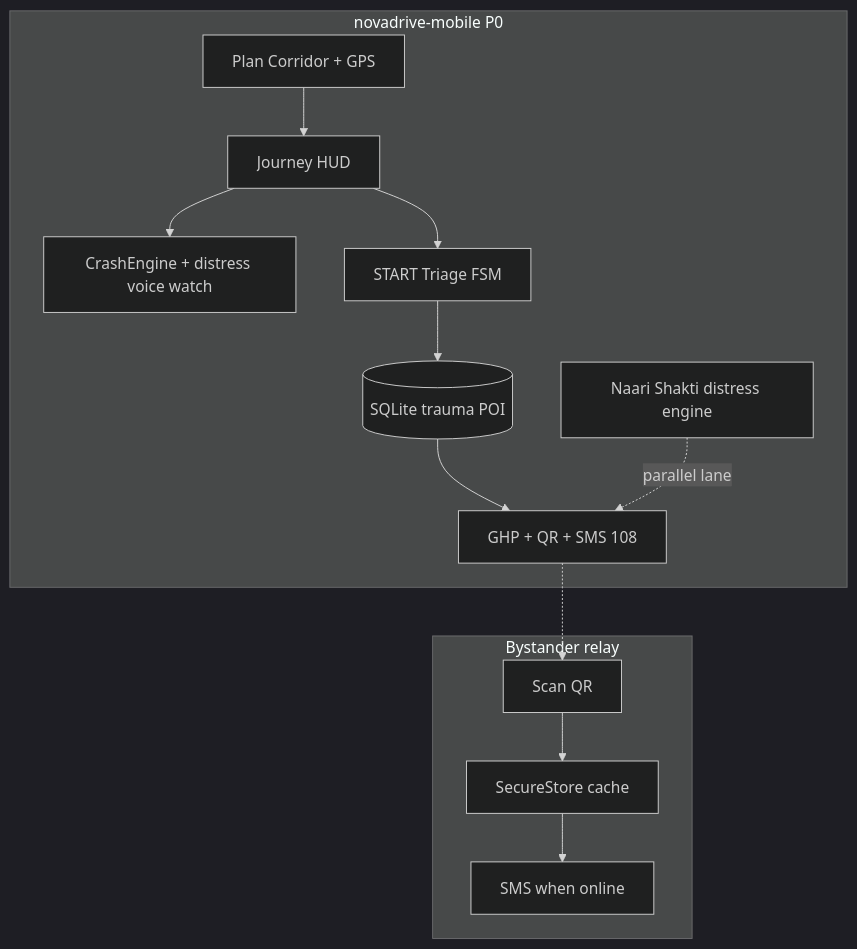
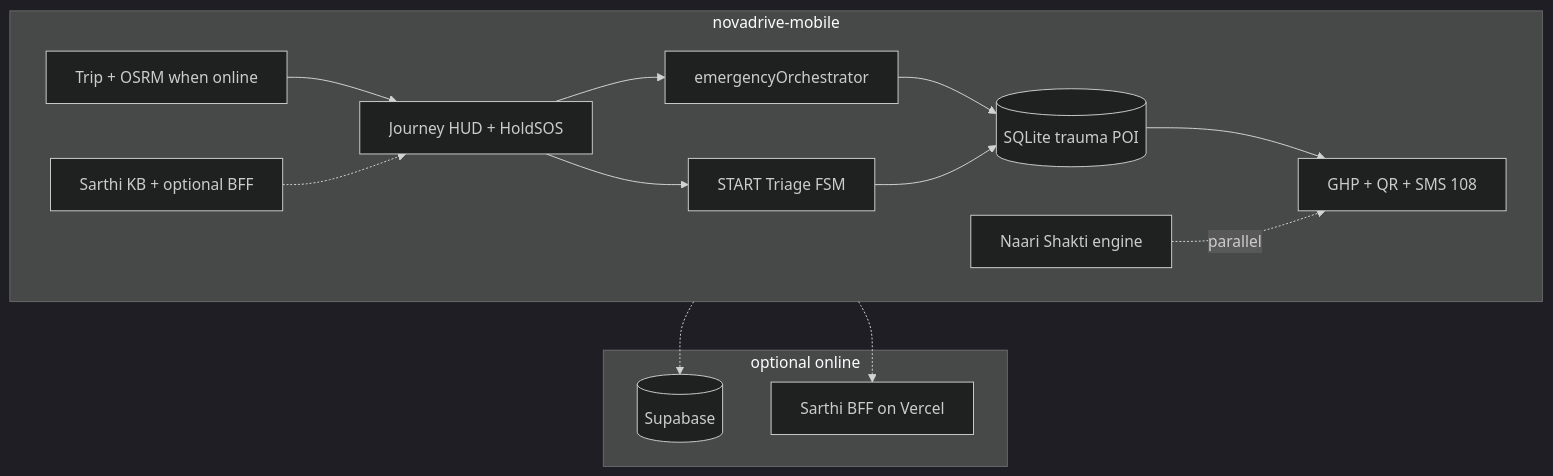
One commit to Stormynubee/novadrive changed the third of 3 diagrams in README.md. Above: the diagram before and after it, drawn with Mermaid (dark theme). The commit also changed other lines of this file and 2 other files, not shown here.

Commit message:
docs: refresh root and mobile README for v2.0.0 emergency automation

````diff
--- a/README.md
+++ b/README.md
@@ -103,25 +133,27 @@
 ```mermaid
 flowchart TB
-  subgraph mobile [novadrive-mobile P0]
-    Plan[Plan Corridor + GPS]
-    J[Journey HUD]
-    C[CrashEngine + distress voice watch]
+  subgraph mobile [novadrive-mobile]
+    Plan[Trip + OSRM when online]
+    J[Journey HUD + HoldSOS]
+    Orch[emergencyOrchestrator]
     S[START Triage FSM]
     DB[(SQLite trauma POI)]
     G[GHP + QR + SMS 108]
-    N[Naari Shakti distress engine]
+    N[Naari Shakti engine]
+    Sarthi[Sarthi KB + optional BFF]
     Plan --> J
-    J --> C
+    J --> Orch
     J --> S
+    Orch --> DB
     S --> DB
     DB --> G
-    N -.->|parallel lane| G
+    N -.->|parallel| G
+    Sarthi -.-> J
   end
-  subgraph relay [Bystander relay]
-    QR[Scan QR]
-    RS[SecureStore cache]
-    SMS[SMS when online]
-    QR --> RS --> SMS
+  subgraph cloud [optional online]
+    SB[(Supabase)]
+    BFF[Sarthi BFF on Vercel]
   end
-  G -.-> QR
+  mobile -.-> SB
+  mobile -.-> BFF
 ```
````
